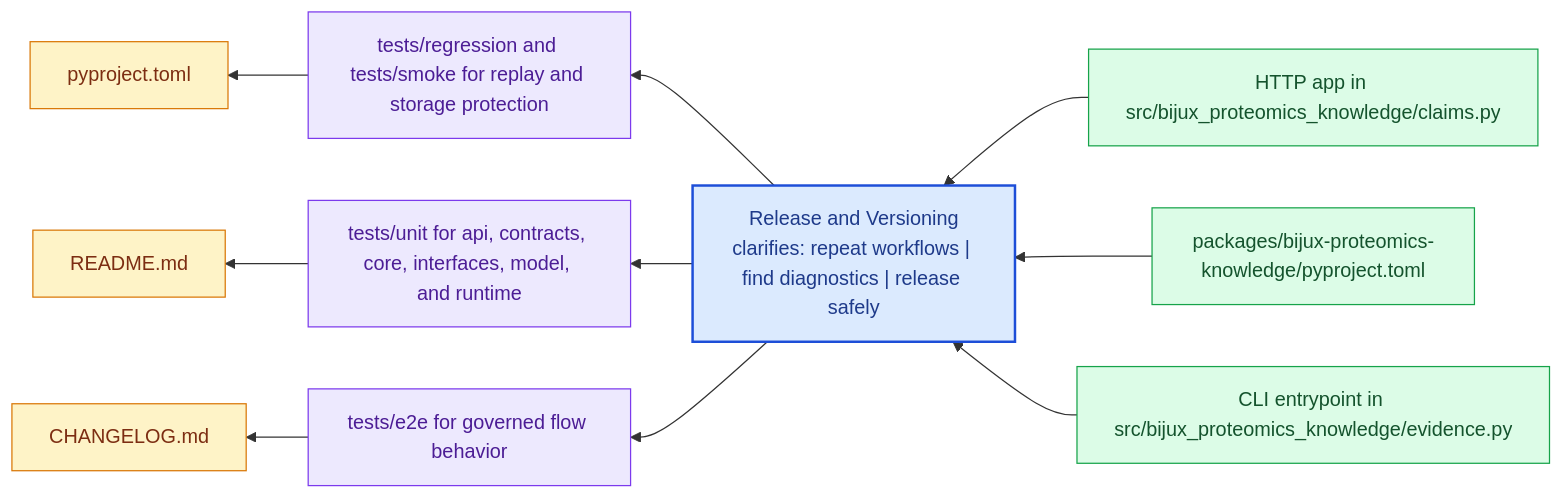
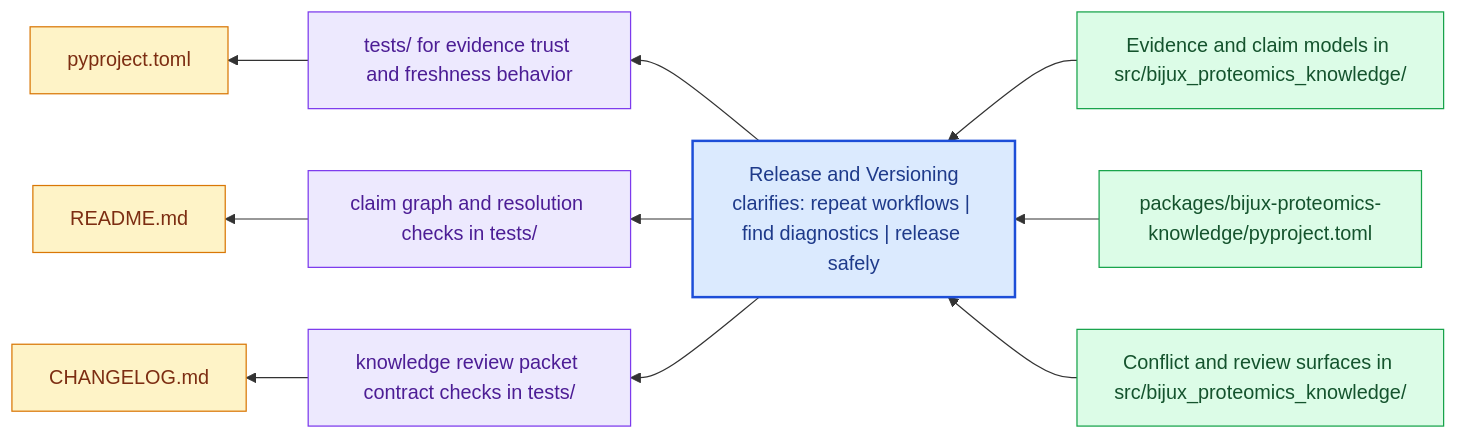
One commit to bijux/bijux-proteomics changed the diagram in docs/bijux-proteomics-knowledge/operations/release-and-versioning.md. Above: the diagram before and after it, drawn with Mermaid. The commit also changed other lines of this file, not shown here.

Commit message:
docs(knowledge): fix non-existent version-file and test-path references

````diff
--- a/docs/bijux-proteomics-knowledge/operations/release-and-versioning.md
+++ b/docs/bijux-proteomics-knowledge/operations/release-and-versioning.md
@@ -23,31 +23,31 @@
 ```mermaid
 flowchart RL
     page["Release and Versioning<br/>clarifies: repeat workflows | find diagnostics | release safely"]
     classDef page fill:#dbeafe,stroke:#1d4ed8,color:#1e3a8a,stroke-width:2px;
     classDef positive fill:#dcfce7,stroke:#16a34a,color:#14532d;
     classDef caution fill:#fee2e2,stroke:#dc2626,color:#7f1d1d;
     classDef anchor fill:#ede9fe,stroke:#7c3aed,color:#4c1d95;
     classDef action fill:#fef3c7,stroke:#d97706,color:#7c2d12;
-    step1["HTTP app in src/bijux_proteomics_knowledge/claims.py"]
+    step1["Evidence and claim models in src/bijux_proteomics_knowledge/"]
     step1 --> page
     step2["packages/bijux-proteomics-knowledge/pyproject.toml"]
     step2 --> page
-    step3["CLI entrypoint in src/bijux_proteomics_knowledge/evidence.py"]
+    step3["Conflict and review surfaces in src/bijux_proteomics_knowledge/"]
     step3 --> page
-    run1["tests/regression and tests/smoke for replay and storage protection"]
+    run1["tests/ for evidence trust and freshness behavior"]
     page --> run1
-    run2["tests/unit for api, contracts, core, interfaces, model, and runtime"]
+    run2["claim graph and resolution checks in tests/"]
     page --> run2
-    run3["tests/e2e for governed flow behavior"]
+    run3["knowledge review packet contract checks in tests/"]
     page --> run3
     release1["pyproject.toml"]
     run1 --> release1
     release2["README.md"]
     run2 --> release2
     release3["CHANGELOG.md"]
     run3 --> release3
     class page page;
     class step1,step2,step3 positive;
     class run1,run2,run3 anchor;
     class release1,release2,release3 action;
 ```
````
